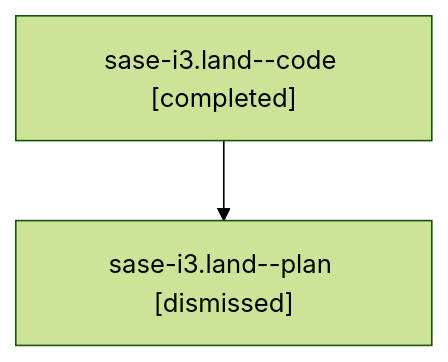
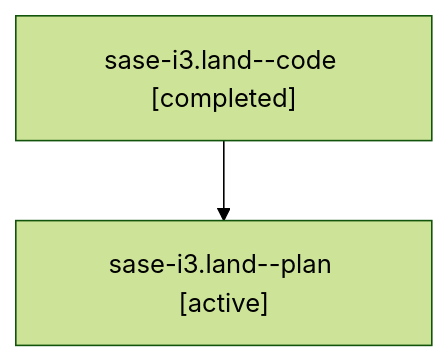
Before and after one commit to sase-org/sase--agents: the diagram in families/bbugyi200.athena.sase-i3.land.md, drawn with Mermaid (forest theme). The commit also changed other lines of this file and 35830 other files, not shown here.

````diff
--- a/families/bbugyi200.athena.sase-i3.land.md
+++ b/families/bbugyi200.athena.sase-i3.land.md
@@ -9,6 +9,6 @@
 ```mermaid
 flowchart TD
   n0["sase-i3.land--code [completed]"]
-  n1["sase-i3.land--plan [dismissed]"]
+  n1["sase-i3.land--plan [active]"]
   n0 --> n1
 ```
````
